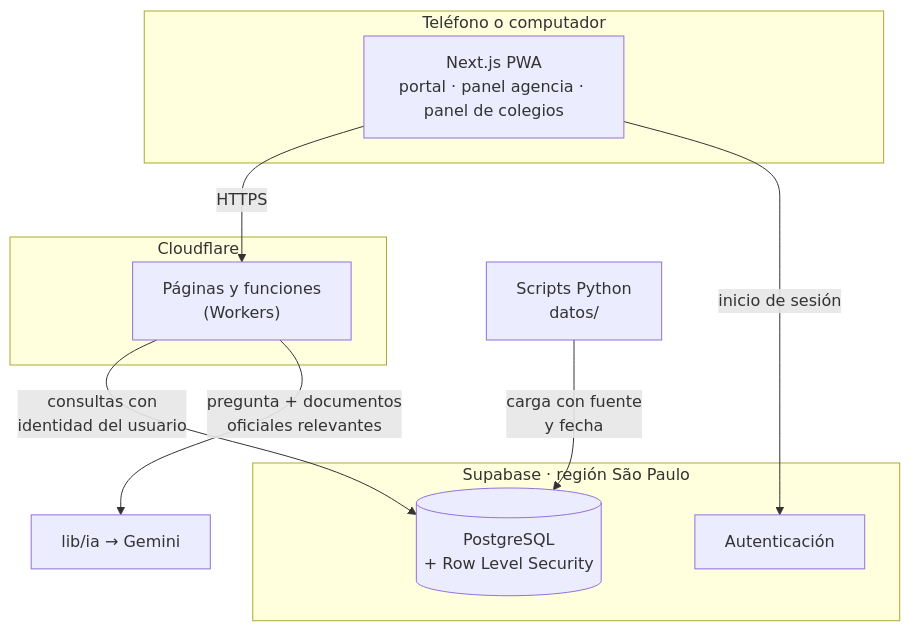
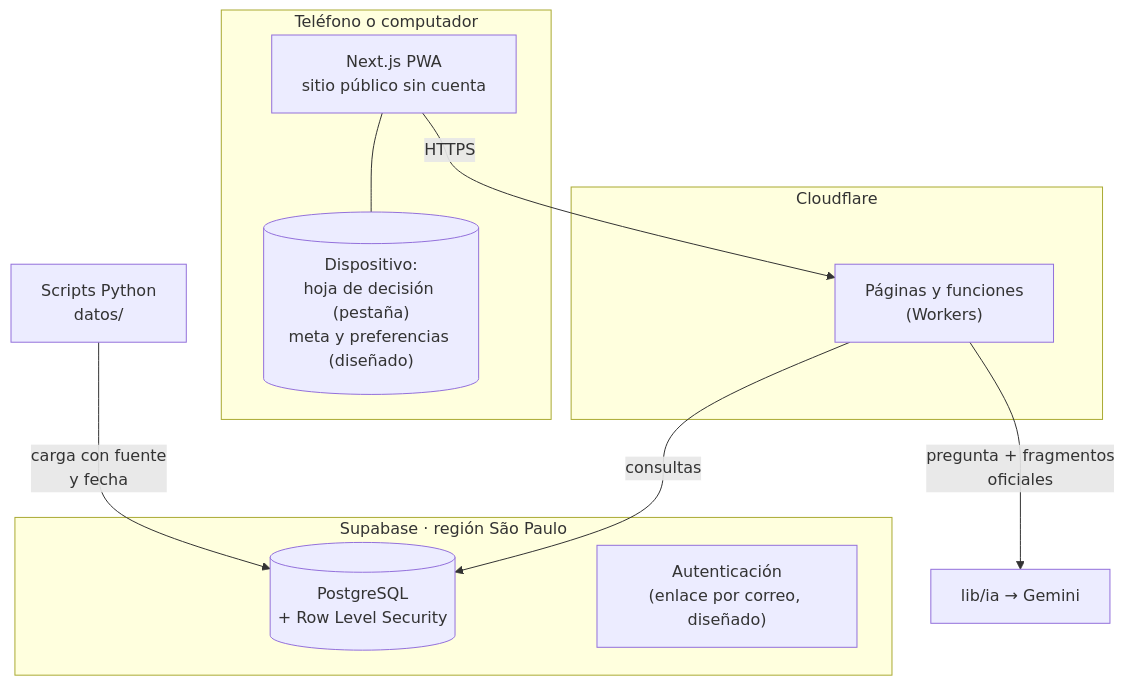
Before and after one commit to AE-SE/Agencia-de-Enlaces-y-Seguimiento-Estudiantil: the second of 5 diagrams in docs/arquitectura.md, drawn with Mermaid. The commit also changed other lines of this file and 63 other files, not shown here.

First line of the commit message:
docs: alinea AGENTS.md y los documentos con el giro del 13 de noviembre (#172)

````diff
--- a/docs/arquitectura.md
+++ b/docs/arquitectura.md
@@ -27,19 +41,20 @@
 ```mermaid
 flowchart TB
     subgraph Navegador["Teléfono o computador"]
-        PWA["Next.js PWA<br/>portal · panel agencia · panel de colegios"]
+        PWA["Next.js PWA<br/>sitio público sin cuenta"]
+        DISP[("Dispositivo:<br/>hoja de decisión (pestaña)<br/>meta y preferencias (diseñado)")]
     end
     subgraph Cloudflare
         SSR["Páginas y funciones<br/>(Workers)"]
     end
     subgraph Supabase["Supabase · región São Paulo"]
         DB[("PostgreSQL<br/>+ Row Level Security")]
-        AUTH["Autenticación"]
+        AUTH["Autenticación<br/>(enlace por correo, diseñado)"]
     end
     ETL["Scripts Python<br/>datos/"]
+    PWA --- DISP
     PWA -->|"HTTPS"| SSR
-    SSR -->|"consultas con<br/>identidad del usuario"| DB
-    PWA -->|"inicio de sesión"| AUTH
-    SSR -->|"pregunta + documentos<br/>oficiales relevantes"| IA["lib/ia → Gemini"]
+    SSR -->|"consultas"| DB
+    SSR -->|"pregunta + fragmentos<br/>oficiales"| IA["lib/ia → Gemini"]
     ETL -->|"carga con fuente<br/>y fecha"| DB
 ```
````
